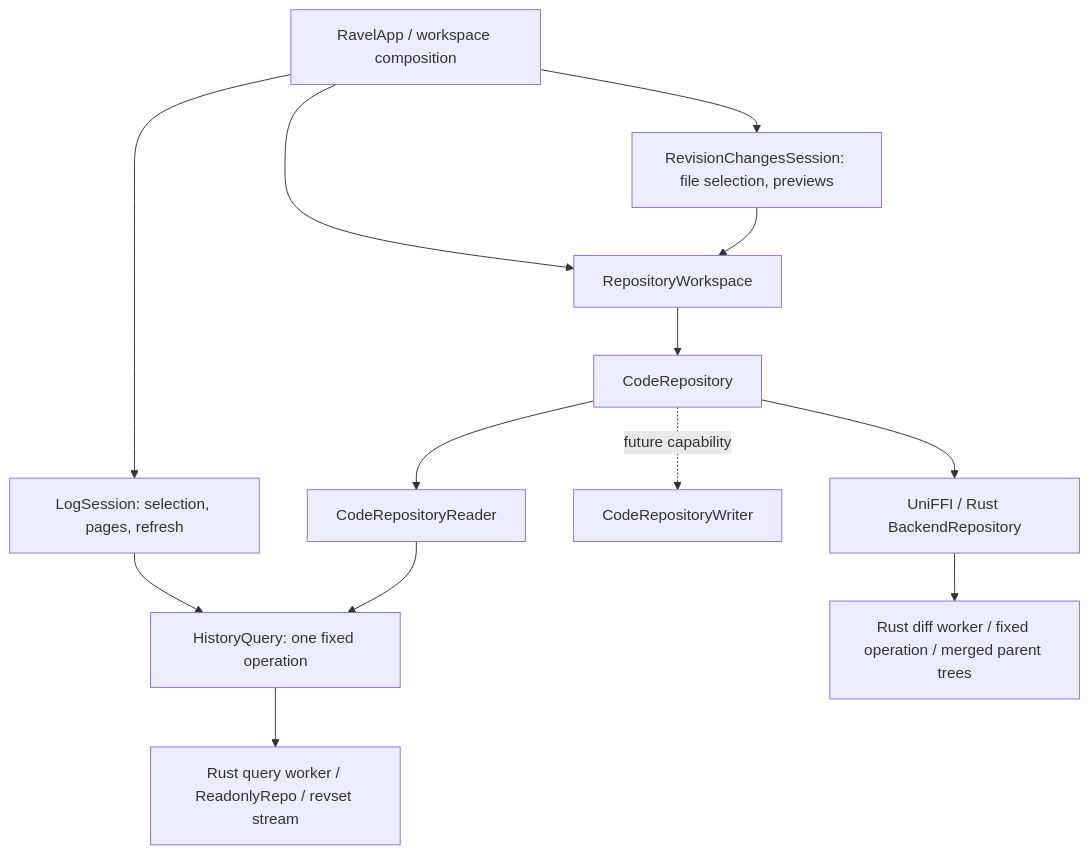
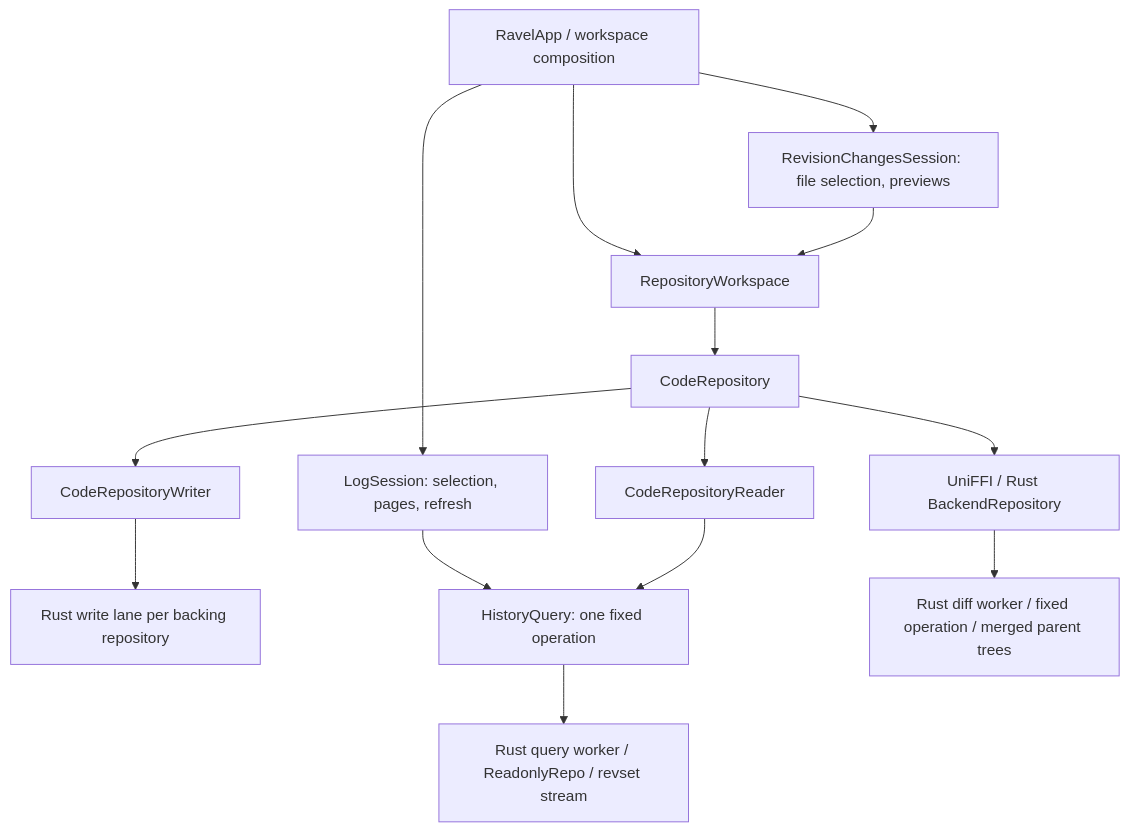
One commit to Weixi779/Ravel changed the diagram in Documentation/RepositoryArchitecture.md. Above: the diagram before and after it, drawn with Mermaid. The commit also changed other lines of this file and 17 other files, not shown here.

````diff
--- a/Documentation/RepositoryArchitecture.md
+++ b/Documentation/RepositoryArchitecture.md
@@ -72,15 +72,16 @@
 ```mermaid
 flowchart TD
     App[RavelApp / workspace composition] --> Workspace[RepositoryWorkspace]
     App --> Log[LogSession: selection, pages, refresh]
     App --> Diff[RevisionChangesSession: file selection, previews]
     Diff --> Workspace
     Workspace --> Repository[CodeRepository]
     Repository --> Reader[CodeRepositoryReader]
-    Repository -. future capability .-> Writer[CodeRepositoryWriter]
+    Repository --> Writer[CodeRepositoryWriter]
+    Writer --> Lane[Rust write lane per backing repository]
     Log --> Query[HistoryQuery: one fixed operation]
     Reader --> Query
     Repository --> Native[UniFFI / Rust BackendRepository]
     Query --> Worker[Rust query worker / ReadonlyRepo / revset stream]
     Native --> DiffWorker[Rust diff worker / fixed operation / merged parent trees]
 ```
````
